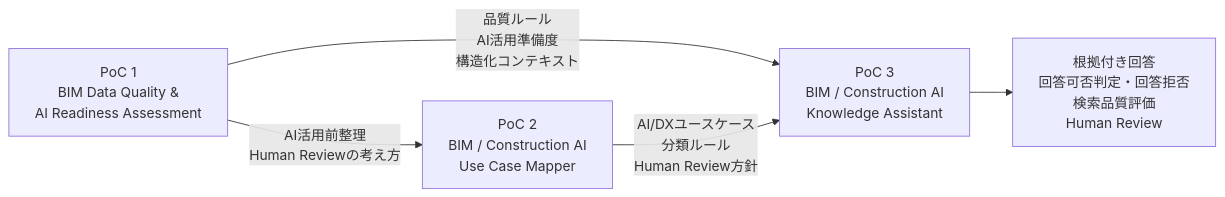
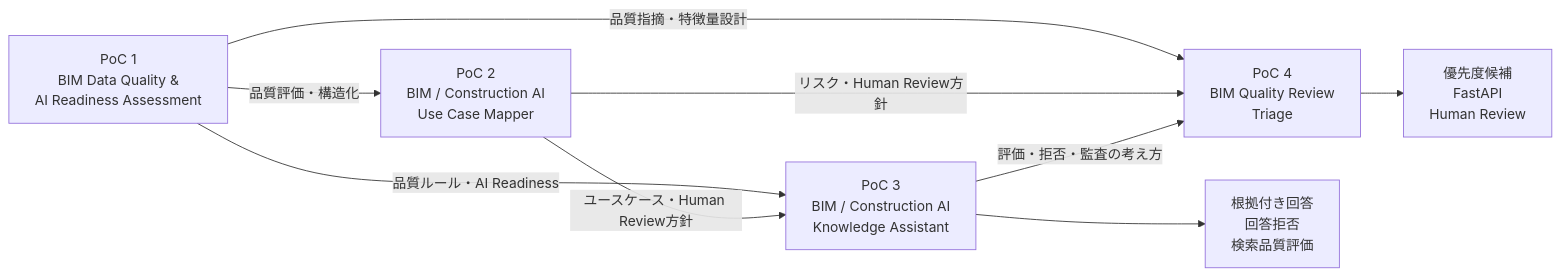
The diagram in README.md (takahashi-365/bim-construction-ai-portfolio), drawn with Mermaid before and after one commit. The commit also changed other lines of this file and 1 other file, not shown here.

````diff
--- a/README.md
+++ b/README.md
@@ -33,12 +31,18 @@
 ```mermaid
 flowchart LR
     POC1["PoC 1<br/>BIM Data Quality &<br/>AI Readiness Assessment"]
     POC2["PoC 2<br/>BIM / Construction AI<br/>Use Case Mapper"]
     POC3["PoC 3<br/>BIM / Construction AI<br/>Knowledge Assistant"]
+    POC4["PoC 4<br/>BIM Quality Review<br/>Triage"]
 
-    POC1 -->|"品質ルール<br/>AI活用準備度<br/>構造化コンテキスト"| POC3
-    POC1 -->|"AI活用前整理<br/>Human Reviewの考え方"| POC2
-    POC2 -->|"AI/DXユースケース<br/>分類ルール<br/>Human Review方針"| POC3
+    POC1 -->|"品質評価・構造化"| POC2
+    POC1 -->|"品質ルール・AI Readiness"| POC3
+    POC2 -->|"ユースケース・Human Review方針"| POC3
 
-    POC3 --> RESULT["根拠付き回答<br/>回答可否判定・回答拒否<br/>検索品質評価<br/>Human Review"]
+    POC1 -->|"品質指摘・特徴量設計"| POC4
+    POC2 -->|"リスク・Human Review方針"| POC4
+    POC3 -->|"評価・拒否・監査の考え方"| POC4
+
+    POC3 --> RESULT1["根拠付き回答<br/>回答拒否<br/>検索品質評価"]
+    POC4 --> RESULT2["優先度候補<br/>FastAPI<br/>Human Review"]
 ```
````
